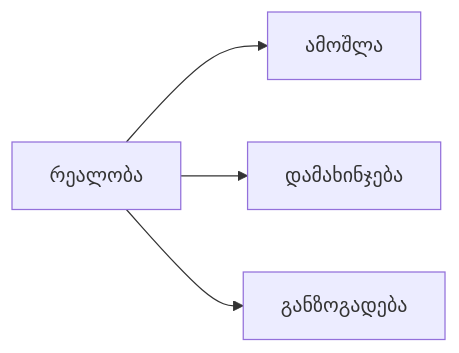
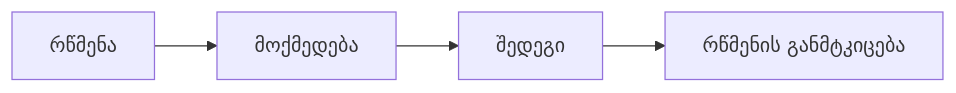
Diagram 14 of 25 in books/src/007.md (DavidTbilisi/BookSummary), drawn with Mermaid before and after one commit. The commit also changed other lines of this file and 10 other files, not shown here.

````diff
--- a/books/src/007.md
+++ b/books/src/007.md
@@ -146,6 +246,4 @@
 ```mermaid
 flowchart LR
-  Reality[რეალობა] --> Deletion[ამოშლა]
-  Reality --> Distortion[დამახინჯება]
-  Reality --> Generalization[განზოგადება]
+  Belief[რწმენა] --> Action[მოქმედება] --> Result[შედეგი] --> Reinforce[რწმენის განმტკიცება]
 ```
````
